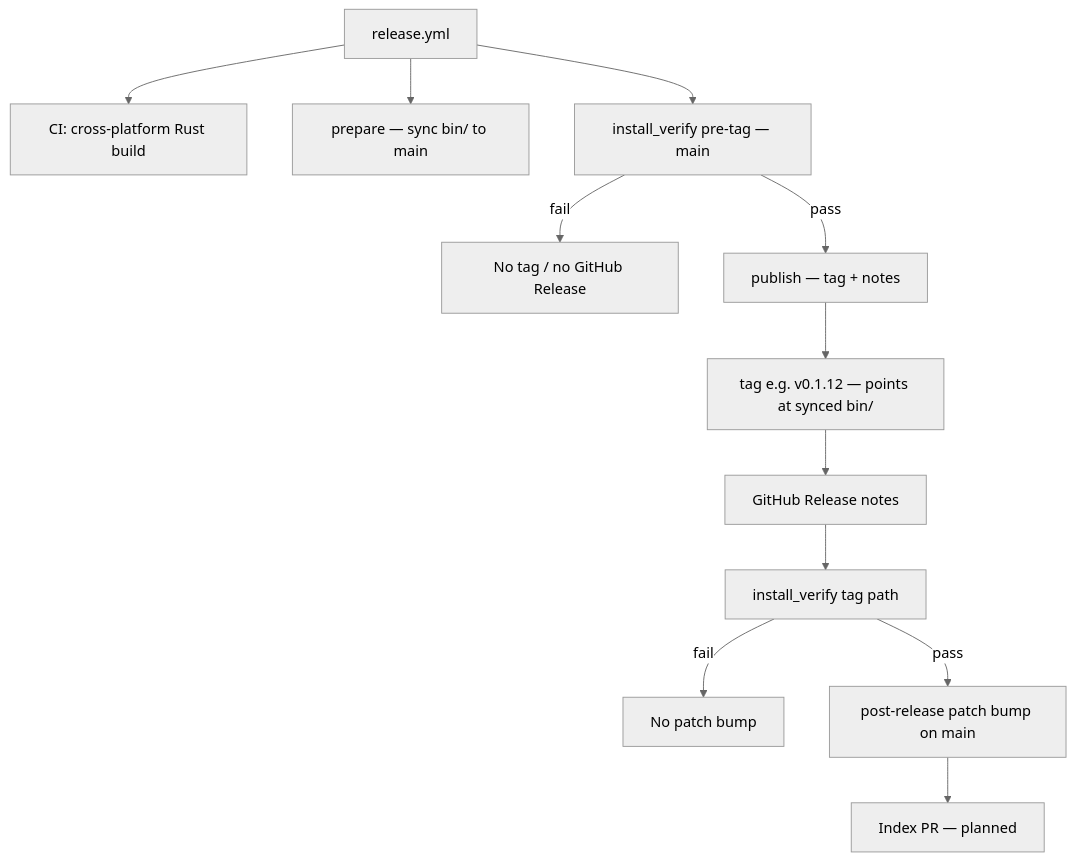
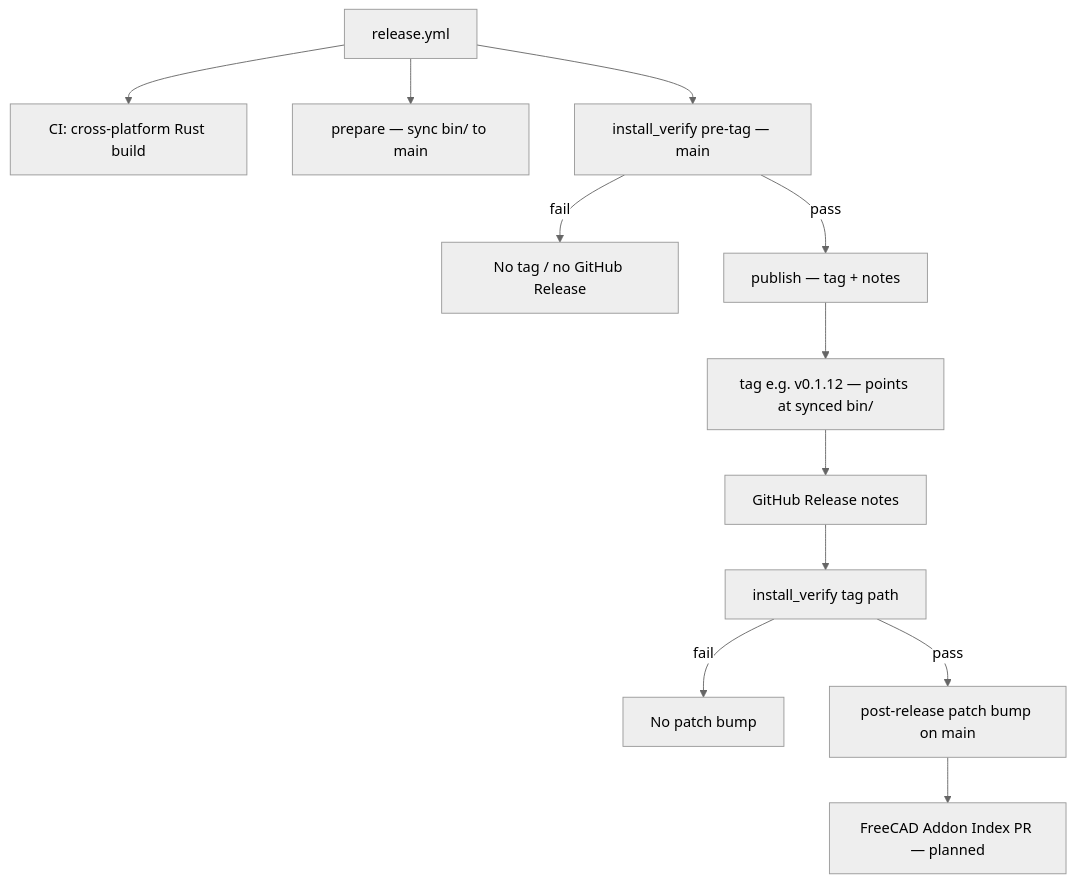
One commit to CREATeNG/freecad-mcp-bridge changed the first of 2 diagrams in MAINTAINING.md. Above: the diagram before and after it, drawn with Mermaid (neutral theme). The commit also changed other lines of this file, not shown here.

First line of the commit message:
Clarify FreeCAD Addon Index wording in MAINTAINING.md

````diff
--- a/MAINTAINING.md
+++ b/MAINTAINING.md
@@ -79,15 +79,15 @@
 ```mermaid
 flowchart TD
   R[release.yml]
   R --> build[CI: cross-platform Rust build]
   R --> prep[prepare — sync bin/ to main]
   R --> verify[install_verify pre-tag — main]
   verify -->|fail| stop[No tag / no GitHub Release]
   verify -->|pass| pub[publish — tag + notes]
   pub --> tag[tag e.g. v0.1.12 — points at synced bin/]
   tag --> gh[GitHub Release notes]
   gh --> postverify[install_verify tag path]
   postverify -->|fail| stop2[No patch bump]
   postverify -->|pass| zbump[post-release patch bump on main]
-  zbump --> index[Index PR — planned]
+  zbump --> index[FreeCAD Addon Index PR — planned]
 ```
````
